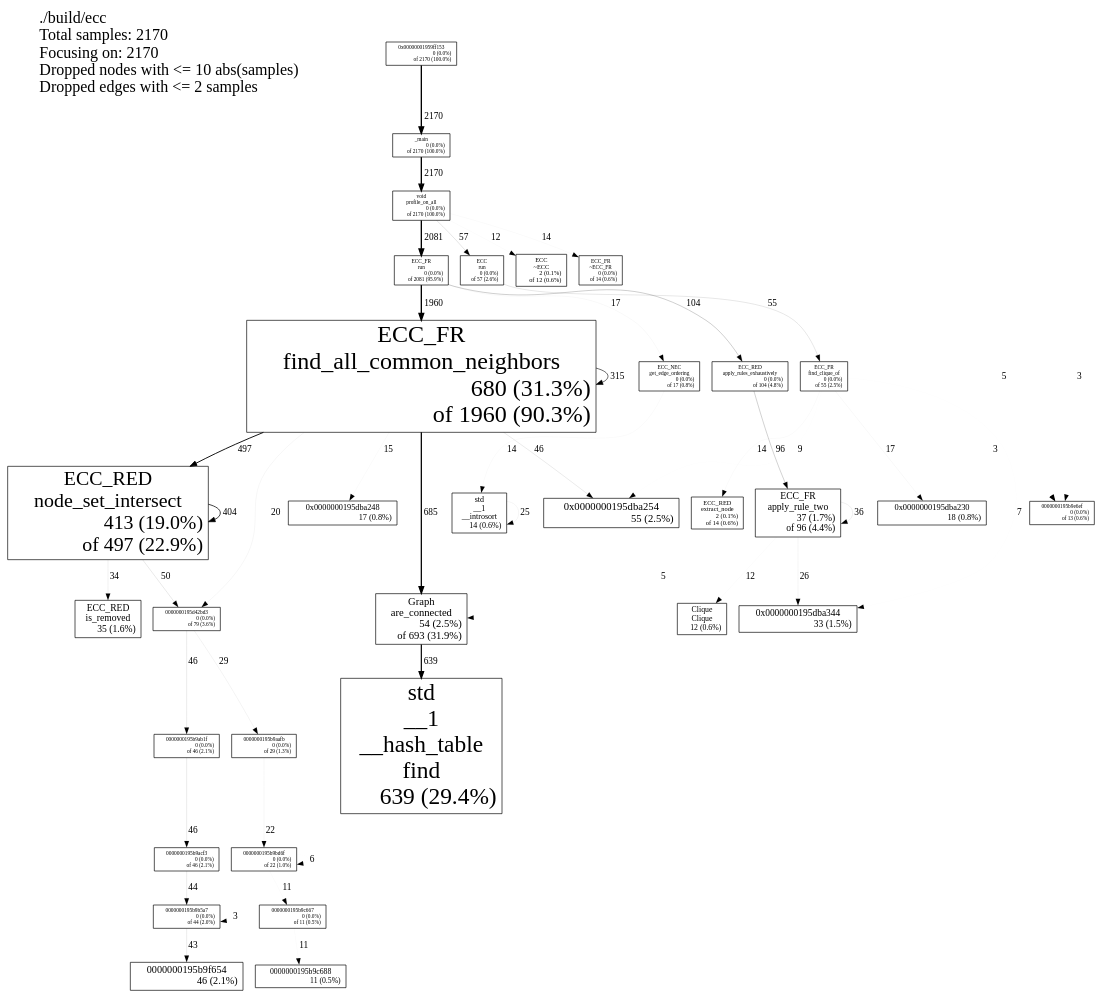
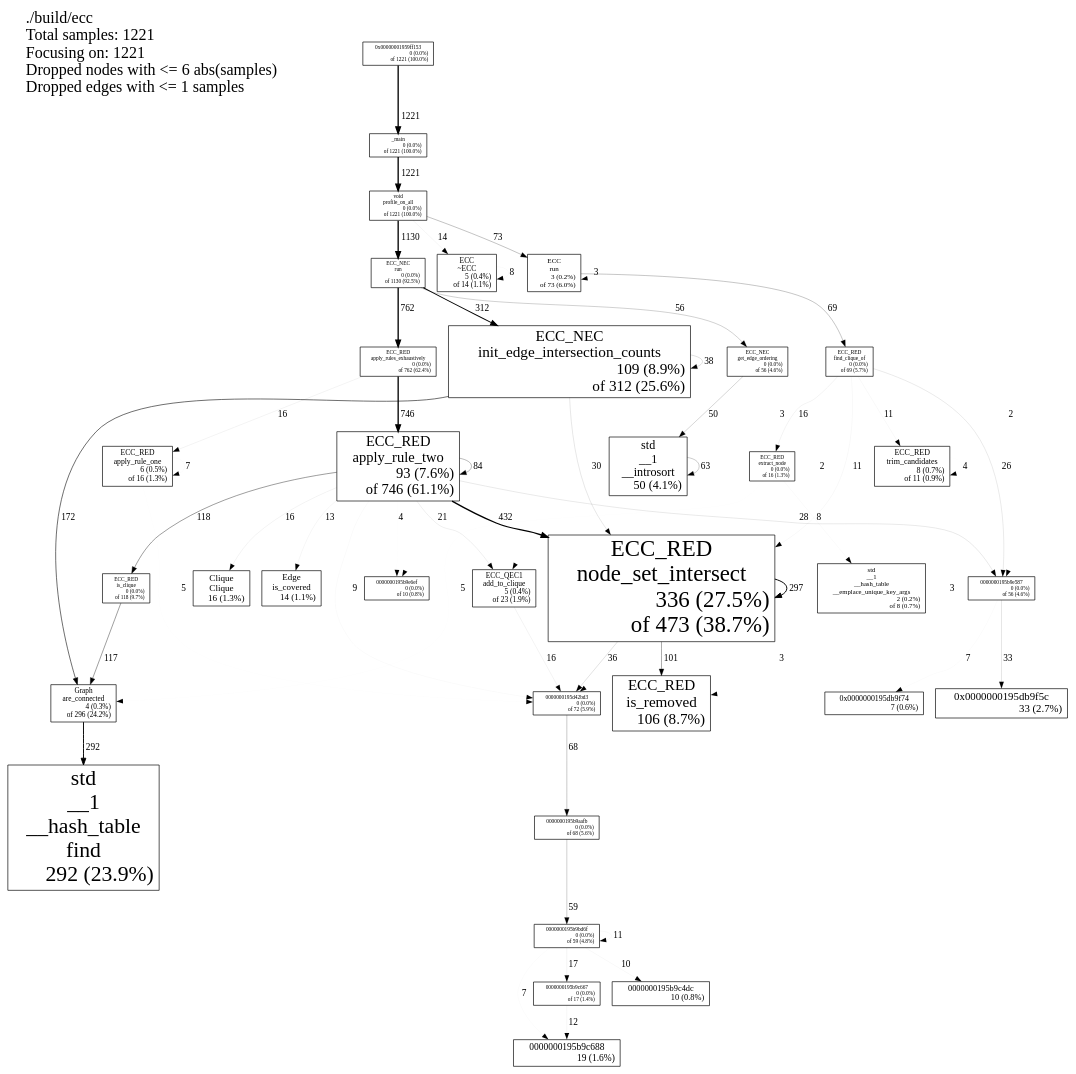
The diagram in build/profiler/output.dot (hankelse/ECC-rc_Implementation), drawn with Graphviz before and after one commit. The commit also changed 25 other files, not shown here.

```diff
--- a/build/profiler/output.dot
+++ b/build/profiler/output.dot
@@ -1,81 +1,94 @@
-digraph "./build/ecc; 2170 samples" {
+digraph "./build/ecc; 1221 samples" {
 node [width=0.375,height=0.25];
-Legend [shape=box,fontsize=24,shape=plaintext,label="./build/ecc\lTotal samples: 2170\lFocusing on: 2170\lDropped nodes with <= 10 abs(samples)\lDropped edges with <= 2 samples\l"];
-N1 [label="0x00000001959ff153\n0 (0.0%)\rof 2170 (100.0%)\r",shape=box,fontsize=8.0];
-N2 [label="_main\n0 (0.0%)\rof 2170 (100.0%)\r",shape=box,fontsize=8.0];
-N3 [label="void\nprofile_on_all\n0 (0.0%)\rof 2170 (100.0%)\r",shape=box,fontsize=8.0];
-N4 [label="ECC_FR\nrun\n0 (0.0%)\rof 2081 (95.9%)\r",shape=box,fontsize=8.0];
-N5 [label="ECC_FR\nfind_all_common_neighbors\n680 (31.3%)\rof 1960 (90.3%)\r",shape=box,fontsize=36.0];
-N6 [label="Graph\nare_connected\n54 (2.5%)\rof 693 (31.9%)\r",shape=box,fontsize=15.9];
-N7 [label="std\n__1\n__hash_table\nfind\n639 (29.4%)\r",shape=box,fontsize=35.1];
-N8 [label="ECC_RED\nnode_set_intersect\n413 (19.0%)\rof 497 (22.9%)\r",shape=box,fontsize=29.8];
-N9 [label="ECC_RED\napply_rules_exhaustively\n0 (0.0%)\rof 104 (4.8%)\r",shape=box,fontsize=8.0];
-N10 [label="ECC_FR\napply_rule_two\n37 (1.7%)\rof 96 (4.4%)\r",shape=box,fontsize=14.5];
-N11 [label="0000000195d42bd3\n0 (0.0%)\rof 79 (3.6%)\r",shape=box,fontsize=8.0];
-N12 [label="ECC\nrun\n0 (0.0%)\rof 57 (2.6%)\r",shape=box,fontsize=8.0];
-N13 [label="0x0000000195dba254\n55 (2.5%)\r",shape=box,fontsize=16.0];
-N14 [label="ECC_FR\nfind_clique_of\n0 (0.0%)\rof 55 (2.5%)\r",shape=box,fontsize=8.0];
-N15 [label="0000000195b9ab1f\n0 (0.0%)\rof 46 (2.1%)\r",shape=box,fontsize=8.0];
-N16 [label="0000000195b9acf3\n0 (0.0%)\rof 46 (2.1%)\r",shape=box,fontsize=8.0];
-N17 [label="0000000195b9f654\n46 (2.1%)\r",shape=box,fontsize=15.3];
-N18 [label="0000000195b9b5a7\n0 (0.0%)\rof 44 (2.0%)\r",shape=box,fontsize=8.0];
-N19 [label="ECC_RED\nis_removed\n35 (1.6%)\r",shape=box,fontsize=14.4];
-N20 [label="0x0000000195dba344\n33 (1.5%)\r",shape=box,fontsize=14.2];
-N21 [label="0000000195b9aafb\n0 (0.0%)\rof 29 (1.3%)\r",shape=box,fontsize=8.0];
-N22 [label="0000000195b9bd6f\n0 (0.0%)\rof 22 (1.0%)\r",shape=box,fontsize=8.0];
-N23 [label="0x0000000195dba230\n18 (0.8%)\r",shape=box,fontsize=12.6];
-N24 [label="0x0000000195dba248\n17 (0.8%)\r",shape=box,fontsize=12.4];
-N25 [label="ECC_NEC\nget_edge_ordering\n0 (0.0%)\rof 17 (0.8%)\r",shape=box,fontsize=8.0];
-N26 [label="ECC_FR\n~ECC_FR\n0 (0.0%)\rof 14 (0.6%)\r",shape=box,fontsize=8.0];
-N27 [label="ECC_RED\nextract_node\n2 (0.1%)\rof 14 (0.6%)\r",shape=box,fontsize=9.5];
-N28 [label="std\n__1\n__introsort\n14 (0.6%)\r",shape=box,fontsize=12.0];
-N29 [label="0000000195b9e6ef\n0 (0.0%)\rof 13 (0.6%)\r",shape=box,fontsize=8.0];
-N30 [label="Clique\nClique\n12 (0.6%)\r",shape=box,fontsize=11.7];
-N31 [label="ECC\n~ECC\n2 (0.1%)\rof 12 (0.6%)\r",shape=box,fontsize=9.5];
-N32 [label="0000000195b9c667\n0 (0.0%)\rof 11 (0.5%)\r",shape=box,fontsize=8.0];
-N33 [label="0000000195b9c688\n11 (0.5%)\r",shape=box,fontsize=11.6];
-N1 -> N2 [label=2170, weight=216, style="setlinewidth(2.000000)"];
-N2 -> N3 [label=2170, weight=216, style="setlinewidth(2.000000)"];
-N3 -> N4 [label=2081, weight=210, style="setlinewidth(2.000000)"];
-N4 -> N5 [label=1960, weight=201, style="setlinewidth(2.000000)"];
-N5 -> N6 [label=685, weight=96, style="setlinewidth(1.894009)"];
-N6 -> N7 [label=639, weight=92, style="setlinewidth(1.766820)"];
-N5 -> N8 [label=497, weight=77, style="setlinewidth(1.374194)"];
-N8 -> N8 [label=404, weight=66, style="setlinewidth(1.117051)"];
-N5 -> N5 [label=315, weight=56, style="setlinewidth(0.870968)"];
-N4 -> N9 [label=104, weight=25, style="setlinewidth(0.287558)"];
-N9 -> N10 [label=96, weight=24, style="setlinewidth(0.265438)"];
-N3 -> N12 [label=57, weight=16, style="setlinewidth(0.157604)"];
-N12 -> N14 [label=55, weight=16, style="setlinewidth(0.152074)"];
-N8 -> N11 [label=50, weight=15, style="setlinewidth(0.138249)"];
-N5 -> N13 [label=46, weight=14, style="setlinewidth(0.127189)"];
-N11 -> N15 [label=46, weight=14, style="setlinewidth(0.127189)"];
-N15 -> N16 [label=46, weight=14, style="setlinewidth(0.127189)"];
-N16 -> N18 [label=44, weight=14, style="setlinewidth(0.121659)"];
-N18 -> N17 [label=43, weight=13, style="setlinewidth(0.118894)"];
-N10 -> N10 [label=36, weight=12, style="setlinewidth(0.099539)"];
-N8 -> N19 [label=34, weight=11, style="setlinewidth(0.094009)"];
-N11 -> N21 [label=29, weight=10, style="setlinewidth(0.080184)"];
-N10 -> N20 [label=26, weight=9, style="setlinewidth(0.071889)"];
-N28 -> N28 [label=25, weight=9, style="setlinewidth(0.069124)"];
-N21 -> N22 [label=22, weight=8, style="setlinewidth(0.060829)"];
-N5 -> N11 [label=20, weight=8, style="setlinewidth(0.055300)"];
-N14 -> N23 [label=17, weight=7, style="setlinewidth(0.047005)"];
-N4 -> N25 [label=17, weight=7, style="setlinewidth(0.047005)"];
-N5 -> N24 [label=15, weight=6, style="setlinewidth(0.041475)"];
-N14 -> N27 [label=14, weight=6, style="setlinewidth(0.038710)"];
-N3 -> N26 [label=14, weight=6, style="setlinewidth(0.038710)"];
-N25 -> N28 [label=14, weight=6, style="setlinewidth(0.038710)"];
-N10 -> N30 [label=12, weight=5, style="setlinewidth(0.033180)"];
-N3 -> N31 [label=12, weight=5, style="setlinewidth(0.033180)"];
-N32 -> N33 [label=11, weight=5, style="setlinewidth(0.030415)"];
-N22 -> N32 [label=11, weight=5, style="setlinewidth(0.030415)"];
-N14 -> N13 [label=9, weight=4, style="setlinewidth(0.024885)"];
-N14 -> N20 [label=7, weight=3, style="setlinewidth(0.019355)"];
-N22 -> N22 [label=6, weight=3, style="setlinewidth(0.016590)"];
-N27 -> N6 [label=5, weight=3, style="setlinewidth(0.013825)"];
-N31 -> N29 [label=5, weight=3, style="setlinewidth(0.013825)"];
-N26 -> N29 [label=3, weight=2, style="setlinewidth(0.008295)"];
-N5 -> N29 [label=3, weight=2, style="setlinewidth(0.008295)"];
-N18 -> N18 [label=3, weight=2, style="setlinewidth(0.008295)"];
+Legend [shape=box,fontsize=24,shape=plaintext,label="./build/ecc\lTotal samples: 1221\lFocusing on: 1221\lDropped nodes with <= 6 abs(samples)\lDropped edges with <= 1 samples\l"];
+N1 [label="0x00000001959ff153\n0 (0.0%)\rof 1221 (100.0%)\r",shape=box,fontsize=8.0];
+N2 [label="_main\n0 (0.0%)\rof 1221 (100.0%)\r",shape=box,fontsize=8.0];
+N3 [label="void\nprofile_on_all\n0 (0.0%)\rof 1221 (100.0%)\r",shape=box,fontsize=8.0];
+N4 [label="ECC_NEC\nrun\n0 (0.0%)\rof 1130 (92.5%)\r",shape=box,fontsize=8.0];
+N5 [label="ECC_RED\napply_rules_exhaustively\n0 (0.0%)\rof 762 (62.4%)\r",shape=box,fontsize=8.0];
+N6 [label="ECC_RED\napply_rule_two\n93 (7.6%)\rof 746 (61.1%)\r",shape=box,fontsize=21.8];
+N7 [label="ECC_RED\nnode_set_intersect\n336 (27.5%)\rof 473 (38.7%)\r",shape=box,fontsize=34.2];
+N8 [label="ECC_NEC\ninit_edge_intersection_counts\n109 (8.9%)\rof 312 (25.6%)\r",shape=box,fontsize=22.9];
+N9 [label="Graph\nare_connected\n4 (0.3%)\rof 296 (24.2%)\r",shape=box,fontsize=10.9];
+N10 [label="std\n__1\n__hash_table\nfind\n292 (23.9%)\r",shape=box,fontsize=32.5];
+N11 [label="ECC_RED\nis_clique\n0 (0.0%)\rof 118 (9.7%)\r",shape=box,fontsize=8.0];
+N12 [label="ECC_RED\nis_removed\n106 (8.7%)\r",shape=box,fontsize=22.7];
+N13 [label="ECC\nrun\n3 (0.2%)\rof 73 (6.0%)\r",shape=box,fontsize=10.5];
+N14 [label="0000000195d42bd3\n0 (0.0%)\rof 72 (5.9%)\r",shape=box,fontsize=8.0];
+N15 [label="ECC_RED\nfind_clique_of\n0 (0.0%)\rof 69 (5.7%)\r",shape=box,fontsize=8.0];
+N16 [label="0000000195b9aafb\n0 (0.0%)\rof 68 (5.6%)\r",shape=box,fontsize=8.0];
+N17 [label="0000000195b9bd6f\n0 (0.0%)\rof 59 (4.8%)\r",shape=box,fontsize=8.0];
+N18 [label="0000000195b9e587\n0 (0.0%)\rof 56 (4.6%)\r",shape=box,fontsize=8.0];
+N19 [label="ECC_NEC\nget_edge_ordering\n0 (0.0%)\rof 56 (4.6%)\r",shape=box,fontsize=8.0];
+N20 [label="std\n__1\n__introsort\n50 (4.1%)\r",shape=box,fontsize=18.1];
+N21 [label="0x0000000195db9f5c\n33 (2.7%)\r",shape=box,fontsize=16.2];
+N22 [label="ECC_QEC1\nadd_to_clique\n5 (0.4%)\rof 23 (1.9%)\r",shape=box,fontsize=11.2];
+N23 [label="0000000195b9c688\n19 (1.6%)\r",shape=box,fontsize=14.2];
+N24 [label="0000000195b9c667\n0 (0.0%)\rof 17 (1.4%)\r",shape=box,fontsize=8.0];
+N25 [label="Clique\nClique\n16 (1.3%)\r",shape=box,fontsize=13.7];
+N26 [label="ECC_RED\napply_rule_one\n6 (0.5%)\rof 16 (1.3%)\r",shape=box,fontsize=11.5];
+N27 [label="ECC_RED\nextract_node\n0 (0.0%)\rof 16 (1.3%)\r",shape=box,fontsize=8.0];
+N28 [label="ECC\n~ECC\n5 (0.4%)\rof 14 (1.1%)\r",shape=box,fontsize=11.2];
+N29 [label="Edge\nis_covered\n14 (1.1%)\r",shape=box,fontsize=13.4];
+N30 [label="ECC_RED\ntrim_candidates\n8 (0.7%)\rof 11 (0.9%)\r",shape=box,fontsize=12.0];
+N31 [label="0000000195b9c4dc\n10 (0.8%)\r",shape=box,fontsize=12.5];
+N32 [label="0000000195b9e6ef\n0 (0.0%)\rof 10 (0.8%)\r",shape=box,fontsize=8.0];
+N33 [label="std\n__1\n__hash_table\n__emplace_unique_key_args\n2 (0.2%)\rof 8 (0.7%)\r",shape=box,fontsize=10.0];
+N34 [label="0x0000000195db9f74\n7 (0.6%)\r",shape=box,fontsize=11.8];
+N2 -> N3 [label=1221, weight=144, style="setlinewidth(2.000000)"];
+N1 -> N2 [label=1221, weight=144, style="setlinewidth(2.000000)"];
+N3 -> N4 [label=1130, weight=137, style="setlinewidth(2.000000)"];
+N4 -> N5 [label=762, weight=104, style="setlinewidth(2.000000)"];
+N5 -> N6 [label=746, weight=102, style="setlinewidth(2.000000)"];
+N6 -> N7 [label=432, weight=69, style="setlinewidth(2.000000)"];
+N4 -> N8 [label=312, weight=55, style="setlinewidth(1.533170)"];
+N7 -> N7 [label=297, weight=53, style="setlinewidth(1.459459)"];
+N9 -> N10 [label=292, weight=53, style="setlinewidth(1.434889)"];
+N8 -> N9 [label=172, weight=36, style="setlinewidth(0.845209)"];
+N6 -> N11 [label=118, weight=28, style="setlinewidth(0.579853)"];
+N11 -> N9 [label=117, weight=28, style="setlinewidth(0.574939)"];
+N7 -> N12 [label=101, weight=25, style="setlinewidth(0.496314)"];
+N6 -> N6 [label=84, weight=22, style="setlinewidth(0.412776)"];
+N3 -> N13 [label=73, weight=20, style="setlinewidth(0.358722)"];
+N13 -> N15 [label=69, weight=19, style="setlinewidth(0.339066)"];
+N14 -> N16 [label=68, weight=19, style="setlinewidth(0.334152)"];
+N20 -> N20 [label=63, weight=18, style="setlinewidth(0.309582)"];
+N16 -> N17 [label=59, weight=17, style="setlinewidth(0.289926)"];
+N4 -> N19 [label=56, weight=16, style="setlinewidth(0.275184)"];
+N19 -> N20 [label=50, weight=15, style="setlinewidth(0.245700)"];
+N8 -> N8 [label=38, weight=12, style="setlinewidth(0.186732)"];
+N7 -> N14 [label=36, weight=12, style="setlinewidth(0.176904)"];
+N18 -> N21 [label=33, weight=11, style="setlinewidth(0.162162)"];
+N8 -> N7 [label=30, weight=10, style="setlinewidth(0.147420)"];
+N6 -> N18 [label=28, weight=10, style="setlinewidth(0.137592)"];
+N15 -> N18 [label=26, weight=9, style="setlinewidth(0.127764)"];
+N6 -> N22 [label=21, weight=8, style="setlinewidth(0.103194)"];
+N17 -> N24 [label=17, weight=7, style="setlinewidth(0.083538)"];
+N6 -> N25 [label=16, weight=6, style="setlinewidth(0.078624)"];
+N15 -> N27 [label=16, weight=6, style="setlinewidth(0.078624)"];
+N22 -> N14 [label=16, weight=6, style="setlinewidth(0.078624)"];
+N5 -> N26 [label=16, weight=6, style="setlinewidth(0.078624)"];
+N3 -> N28 [label=14, weight=6, style="setlinewidth(0.068796)"];
+N6 -> N29 [label=13, weight=6, style="setlinewidth(0.063882)"];
+N24 -> N23 [label=12, weight=5, style="setlinewidth(0.058968)"];
+N15 -> N30 [label=11, weight=5, style="setlinewidth(0.054054)"];
+N17 -> N17 [label=11, weight=5, style="setlinewidth(0.054054)"];
+N15 -> N7 [label=11, weight=5, style="setlinewidth(0.054054)"];
+N17 -> N31 [label=10, weight=5, style="setlinewidth(0.049140)"];
+N6 -> N14 [label=9, weight=4, style="setlinewidth(0.044226)"];
+N28 -> N28 [label=8, weight=4, style="setlinewidth(0.039312)"];
+N27 -> N33 [label=8, weight=4, style="setlinewidth(0.039312)"];
+N18 -> N34 [label=7, weight=3, style="setlinewidth(0.034398)"];
+N17 -> N23 [label=7, weight=3, style="setlinewidth(0.034398)"];
+N26 -> N26 [label=7, weight=3, style="setlinewidth(0.034398)"];
+N26 -> N14 [label=5, weight=3, style="setlinewidth(0.024570)"];
+N27 -> N9 [label=5, weight=3, style="setlinewidth(0.024570)"];
+N6 -> N32 [label=4, weight=2, style="setlinewidth(0.019656)"];
+N30 -> N30 [label=4, weight=2, style="setlinewidth(0.019656)"];
+N33 -> N14 [label=3, weight=2, style="setlinewidth(0.014742)"];
+N30 -> N12 [label=3, weight=2, style="setlinewidth(0.014742)"];
+N28 -> N32 [label=3, weight=2, style="setlinewidth(0.014742)"];
+N13 -> N13 [label=3, weight=2, style="setlinewidth(0.014742)"];
+N28 -> N18 [label=2, weight=1, style="setlinewidth(0.009828)"];
+N15 -> N22 [label=2, weight=1, style="setlinewidth(0.009828)"];
 }
```
